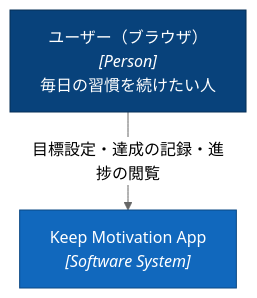
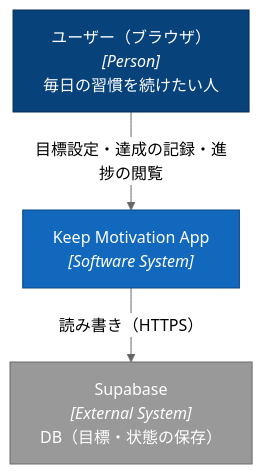
Before and after one commit to kuramochi703/keep-motivation-app: the first of 6 diagrams in ARCHITECTURE.md, drawn with Mermaid (neutral theme). The commit also changed other lines of this file and 11 other files, not shown here.

````diff
--- a/ARCHITECTURE.md
+++ b/ARCHITECTURE.md
@@ -13,14 +14,17 @@
 ```mermaid
 flowchart TB
     user["ユーザー（ブラウザ）<br/><i>[Person]</i><br/>毎日の習慣を続けたい人"]
     app["Keep Motivation App<br/><i>[Software System]</i>"]
+    sb["Supabase<br/><i>[External System]</i><br/>DB（目標・状態の保存）"]
 
     user -->|"目標設定・達成の記録・進捗の閲覧"| app
+    app -->|"読み書き（HTTPS）"| sb
 
     classDef person fill:#08427b,stroke:#052e56,color:#ffffff
     classDef focus fill:#1168bd,stroke:#0b4884,color:#ffffff
     classDef external fill:#999999,stroke:#6b6b6b,color:#ffffff
 
     class user person
     class app focus
+    class sb external
 ```
````
